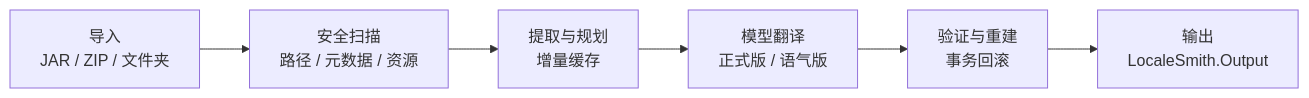
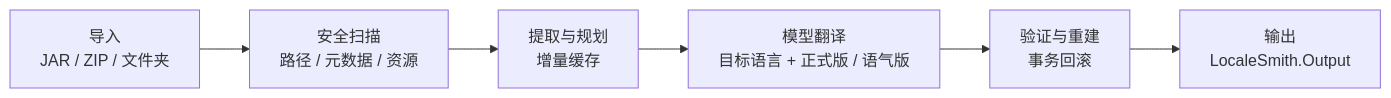
One commit to DZXH-TX/LocaleSmith changed the diagram in README.md. Above: the diagram before and after it, drawn with Mermaid. The commit also changed other lines of this file and 56 other files, not shown here.

````diff
--- a/README.md
+++ b/README.md
@@ -70,8 +73,8 @@
 ```mermaid
 flowchart LR
     A["导入<br/>JAR / ZIP / 文件夹"] --> B["安全扫描<br/>路径 / 元数据 / 资源"]
     B --> C["提取与规划<br/>增量缓存"]
-    C --> D["模型翻译<br/>正式版 / 语气版"]
+    C --> D["模型翻译<br/>目标语言 + 正式版 / 语气版"]
     D --> E["验证与重建<br/>事务回滚"]
     E --> F["输出<br/>LocaleSmith.Output"]
 ```
````
